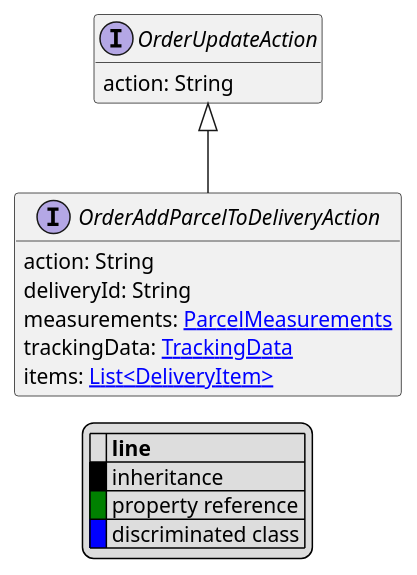
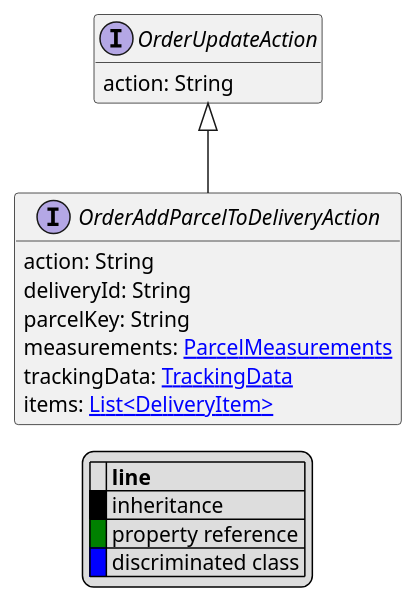
The diagram in uml/api/OrderAddParcelToDeliveryAction.puml (commercetools/commercetools-api-reference), drawn with PlantUML before and after one commit. The commit also changed 50 other files, not shown here.

```diff
--- a/uml/api/OrderAddParcelToDeliveryAction.puml
+++ b/uml/api/OrderAddParcelToDeliveryAction.puml
@@ -1,26 +1,27 @@
 @startuml
 
 hide empty fields
 hide empty methods
 legend
 |= |= line |
 |<back:black>   </back>| inheritance |
 |<back:green>   </back>| property reference |
 |<back:blue>   </back>| discriminated class |
 endlegend
 interface OrderAddParcelToDeliveryAction [[OrderAddParcelToDeliveryAction.svg]] extends OrderUpdateAction {
     action: String
     deliveryId: String
+    parcelKey: String
     measurements: [[ParcelMeasurements.svg ParcelMeasurements]]
     trackingData: [[TrackingData.svg TrackingData]]
     items: [[DeliveryItem.svg List<DeliveryItem>]]
 }
 interface OrderUpdateAction [[OrderUpdateAction.svg]]  {
     action: String
 }
 
 
 
 
 
 @enduml
```
